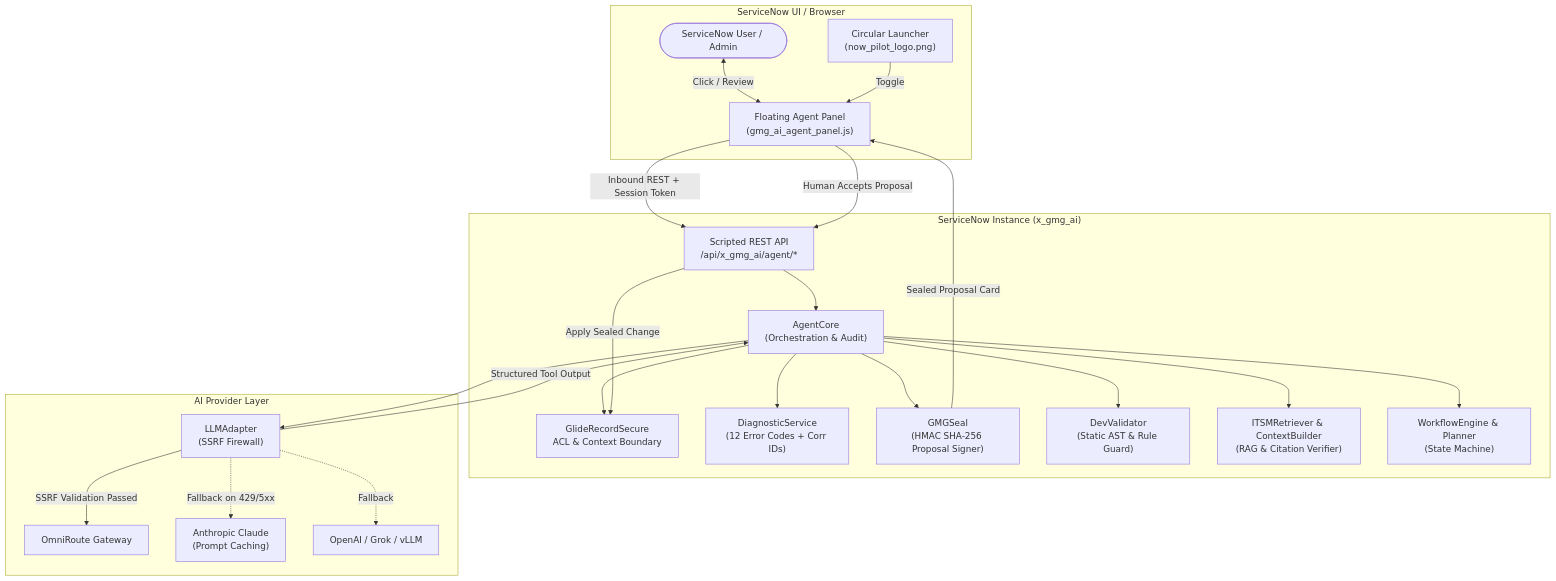
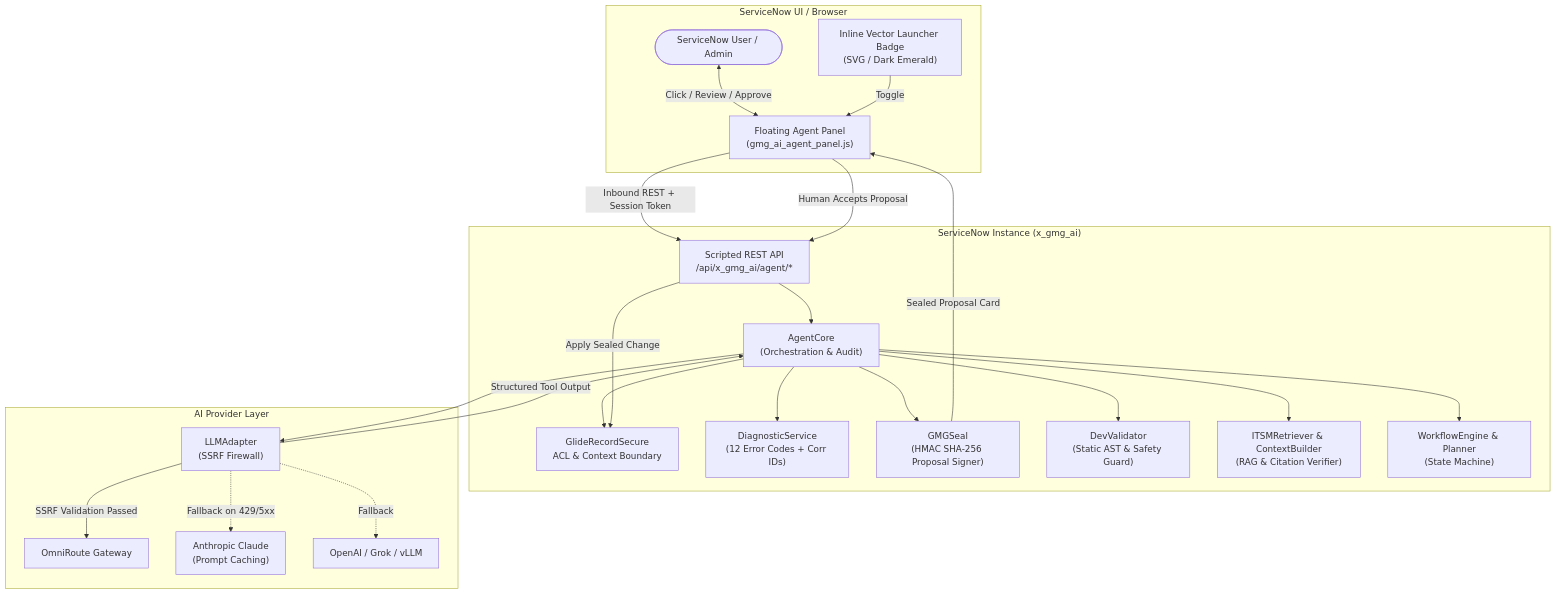
Before and after one commit to VMahamadhBasha/NowPilot: the diagram in README.md, drawn with Mermaid. The commit also changed other lines of this file, not shown here.

Commit message:
docs: revamp README with Graphify-inspired design, Now Assist comparison, and contributor guide

````diff
--- a/README.md
+++ b/README.md
@@ -219,47 +142,47 @@
 ```mermaid
 flowchart TD
     subgraph Browser ["ServiceNow UI / Browser"]
         UI["Floating Agent Panel<br/>(gmg_ai_agent_panel.js)"]
-        Launcher["Circular Launcher<br/>(now_pilot_logo.png)"]
+        Launcher["Inline Vector Launcher Badge<br/>(SVG / Dark Emerald)"]
         User(["ServiceNow User / Admin"])
-        User <-->|Click / Review| UI
+        User <-->|Click / Review / Approve| UI
         Launcher -->|Toggle| UI
     end
 
     subgraph Platform ["ServiceNow Instance (x_gmg_ai)"]
         REST["Scripted REST API<br/>/api/x_gmg_ai/agent/*"]
         AgentCore["AgentCore<br/>(Orchestration & Audit)"]
         Security["GlideRecordSecure<br/>ACL & Context Boundary"]
         Diagnostic["DiagnosticService<br/>(12 Error Codes + Corr IDs)"]
         GMGSeal["GMGSeal<br/>(HMAC SHA-256 Proposal Signer)"]
-        DevValidator["DevValidator<br/>(Static AST & Rule Guard)"]
+        DevValidator["DevValidator<br/>(Static AST & Safety Guard)"]
         ITSM["ITSMRetriever & ContextBuilder<br/>(RAG & Citation Verifier)"]
         Workflow["WorkflowEngine & Planner<br/>(State Machine)"]
     end
 
     subgraph Gateway ["AI Provider Layer"]
         Adapter["LLMAdapter<br/>(SSRF Firewall)"]
         OmniRoute["OmniRoute Gateway"]
         Anthropic["Anthropic Claude<br/>(Prompt Caching)"]
         OpenAI["OpenAI / Grok / vLLM"]
     end
 
     UI -->|Inbound REST + Session Token| REST
     REST --> AgentCore
     AgentCore --> Security
     AgentCore --> Diagnostic
     AgentCore --> DevValidator
     AgentCore --> ITSM
     AgentCore --> Workflow
     AgentCore --> Adapter
 
     Adapter -->|SSRF Validation Passed| OmniRoute
     Adapter -.->|Fallback on 429/5xx| Anthropic
     Adapter -.->|Fallback| OpenAI
 
     Adapter -->|Structured Tool Output| AgentCore
     AgentCore --> GMGSeal
     GMGSeal -->|Sealed Proposal Card| UI
     UI -->|Human Accepts Proposal| REST
     REST -->|Apply Sealed Change| Security
 ```
````
